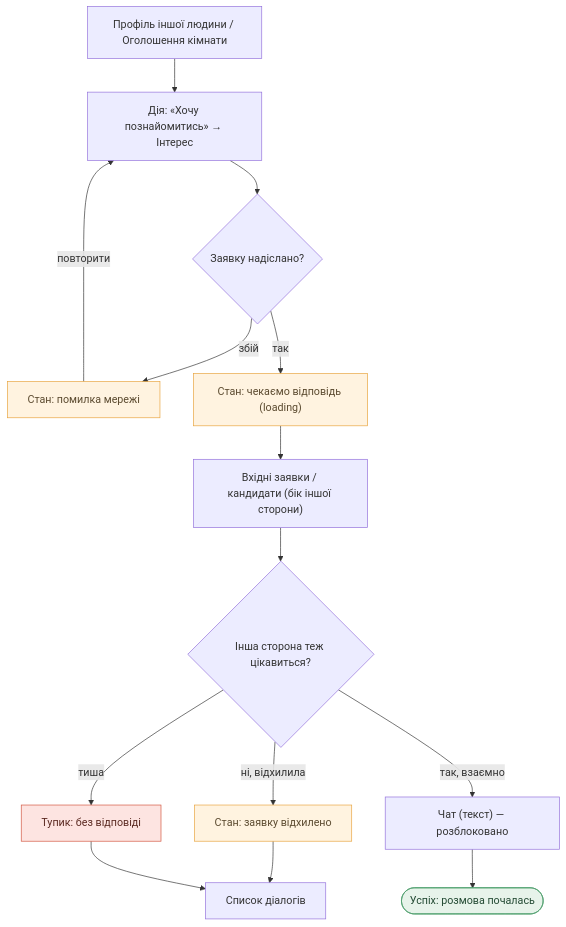
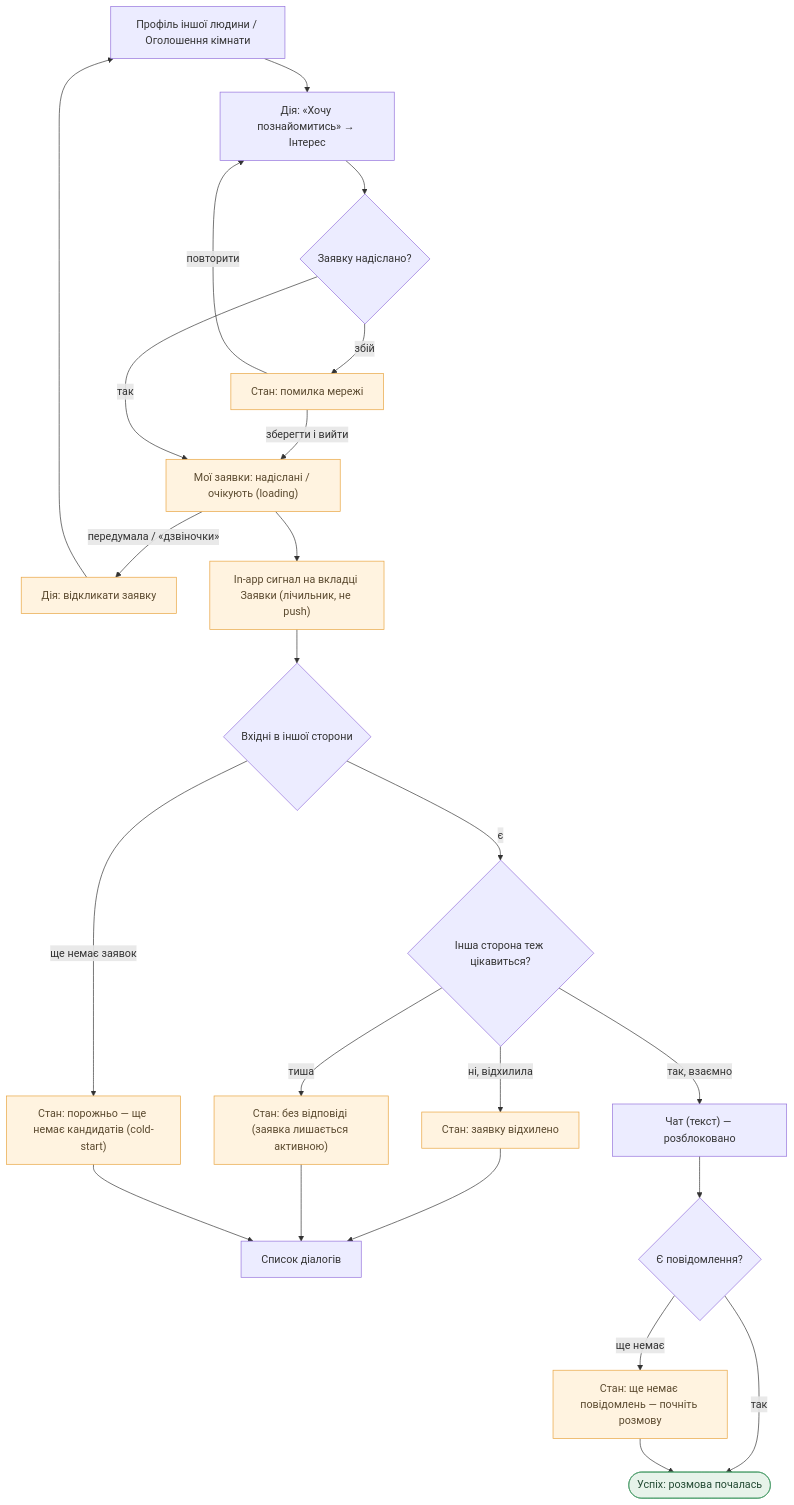
One commit to denysosadchyi/kutok changed the fourth of 5 diagrams in flows.md. Above: the diagram before and after it, drawn with Mermaid. The commit also changed other lines of this file and 12 other files, not shown here.

````diff
--- a/flows.md
+++ b/flows.md
@@ -148,26 +159,35 @@
 ```mermaid
 flowchart TD
     A["Профіль іншої людини / Оголошення кімнати"] --> B["Дія: «Хочу познайомитись» → Інтерес"]
     B --> C{"Заявку надіслано?"}
     C -->|збій| Err["Стан: помилка мережі"]
     Err -->|повторити| B
-    C -->|так| D["Стан: чекаємо відповідь (loading)"]
+    Err -->|зберегти і вийти| My
+    C -->|так| My["Мої заявки: надіслані / очікують (loading)"]
 
-    D --> E["Вхідні заявки / кандидати (бік іншої сторони)"]
-    E --> F{"Інша сторона теж цікавиться?"}
+    My -->|передумала / «дзвіночки»| Wd["Дія: відкликати заявку"]
+    Wd --> A
+    My --> Sig["In-app сигнал на вкладці Заявки (лічильник, не push)"]
+
+    Sig --> E{"Вхідні в іншої сторони"}
+    E -->|ще немає заявок| EmptyIn["Стан: порожньо — ще немає кандидатів (cold-start)"]
+    E -->|є| F{"Інша сторона теж цікавиться?"}
 
     F -->|ні, відхилила| Rej["Стан: заявку відхилено"]
-    F -->|тиша| Stuck["Тупик: без відповіді"]
+    F -->|тиша| Silent["Стан: без відповіді (заявка лишається активною)"]
     F -->|так, взаємно| G["Чат (текст) — розблоковано"]
 
     Rej --> Back["Список діалогів"]
-    Stuck --> Back
-    G --> Ok(["Успіх: розмова почалась"])
+    Silent --> Back
+    EmptyIn --> Back
+
+    G --> H{"Є повідомлення?"}
+    H -->|ще немає| GEmpty["Стан: ще немає повідомлень — почніть розмову"]
+    H -->|так| Ok(["Успіх: розмова почалась"])
+    GEmpty --> Ok
 
     classDef state fill:#fff3e0,stroke:#e8a33d,color:#5b4a2f;
-    classDef stuck fill:#fde4e1,stroke:#d2553f,color:#5b2a22;
     classDef ok fill:#e7f3ea,stroke:#4a9d6a,color:#234a33;
-    class Err,D,Rej state;
-    class Stuck stuck;
+    class Err,My,Rej,Silent,EmptyIn,GEmpty,Sig,Wd state;
     class Ok ok;
 ```
````
